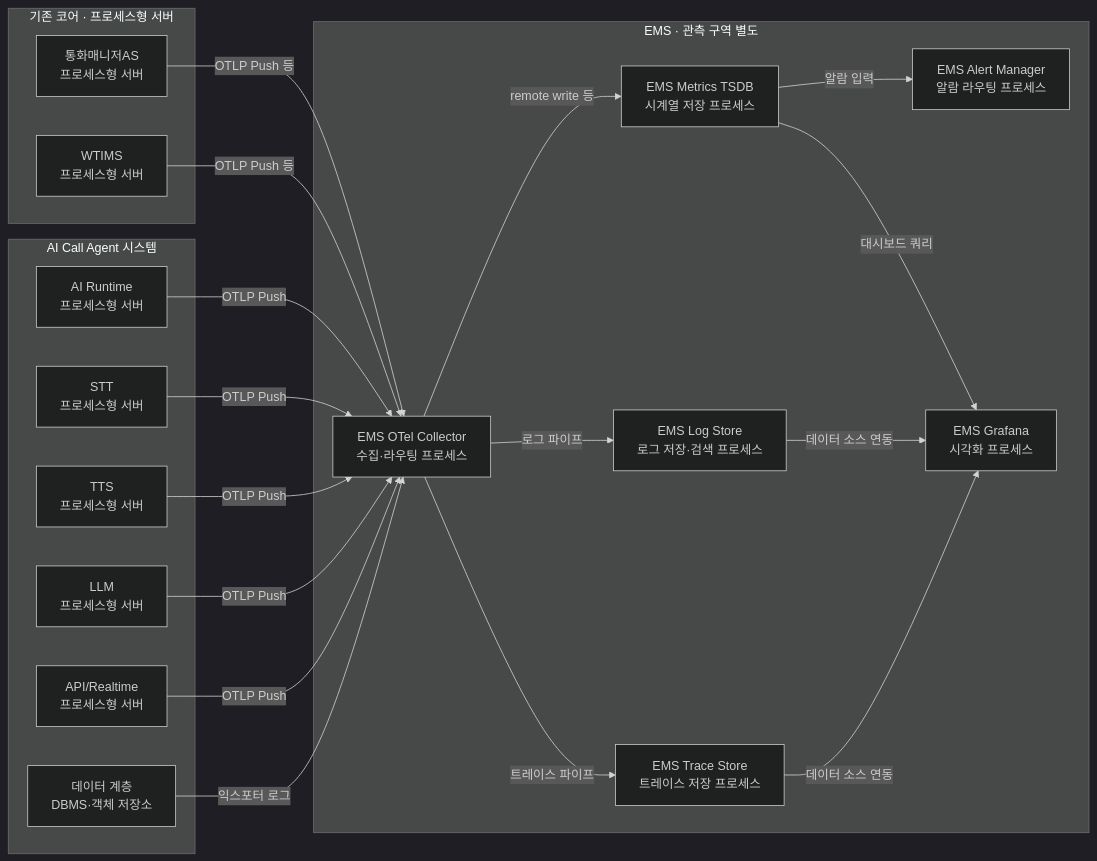
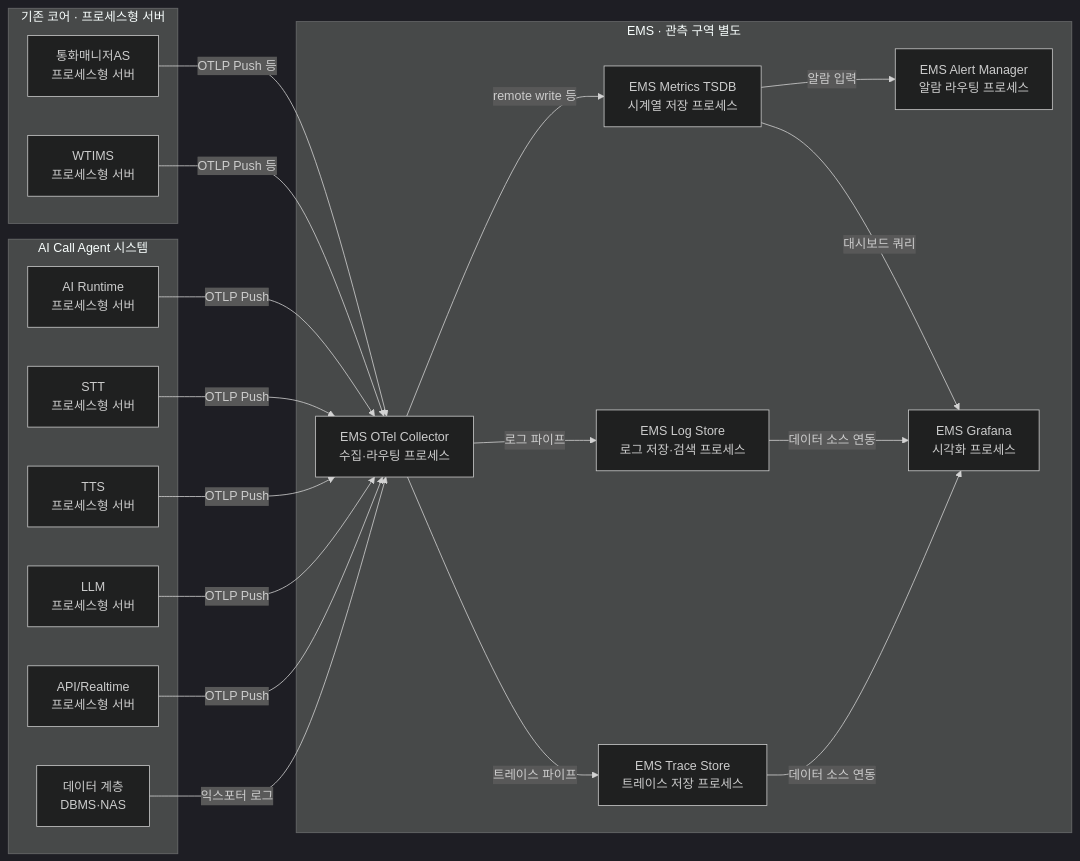
The fifth of 5 diagrams in docs/architecture/production-deployment-architecture.md (hak023/agentic_ai_callbot), drawn with Mermaid (dark theme) before and after one commit. The commit also changed other lines of this file, not shown here.

Commit message:
docs(architecture): production-deployment-architecture NAS Blob 동기화(sip-pbx)

````diff
--- a/docs/architecture/production-deployment-architecture.md
+++ b/docs/architecture/production-deployment-architecture.md
@@ -839,42 +844,42 @@
 ```mermaid
 flowchart LR
     subgraph CORE["기존 코어 · 프로세스형 서버"]
       CM["통화매니저AS<br/>프로세스형 서버"]
       WT["WTIMS<br/>프로세스형 서버"]
     end
 
     subgraph ACA["AI Call Agent 시스템"]
       AIR["AI Runtime<br/>프로세스형 서버"]
       STT["STT<br/>프로세스형 서버"]
       TTS["TTS<br/>프로세스형 서버"]
       LLM["LLM<br/>프로세스형 서버"]
       API["API/Realtime<br/>프로세스형 서버"]
-      DB["데이터 계층<br/>DBMS·객체 저장소"]
+      DB["데이터 계층<br/>DBMS·NAS"]
     end
 
     subgraph EMS["EMS · 관측 구역 별도"]
       OTL["EMS OTel Collector<br/>수집·라우팅 프로세스"]
       MTS["EMS Metrics TSDB<br/>시계열 저장 프로세스"]
       LOG["EMS Log Store<br/>로그 저장·검색 프로세스"]
       TRC["EMS Trace Store<br/>트레이스 저장 프로세스"]
       ALR["EMS Alert Manager<br/>알람 라우팅 프로세스"]
       GRA["EMS Grafana<br/>시각화 프로세스"]
     end
 
     CM -->|OTLP Push 등| OTL
     WT -->|OTLP Push 등| OTL
     AIR -->|OTLP Push| OTL
     STT -->|OTLP Push| OTL
     TTS -->|OTLP Push| OTL
     LLM -->|OTLP Push| OTL
     API -->|OTLP Push| OTL
     DB -->|익스포터 로그| OTL
 
     OTL -->|remote write 등| MTS
     OTL -->|로그 파이프| LOG
     OTL -->|트레이스 파이프| TRC
     MTS -->|알람 입력| ALR
     LOG -->|데이터 소스 연동| GRA
     TRC -->|데이터 소스 연동| GRA
     MTS -->|대시보드 쿼리| GRA
 ```
````
